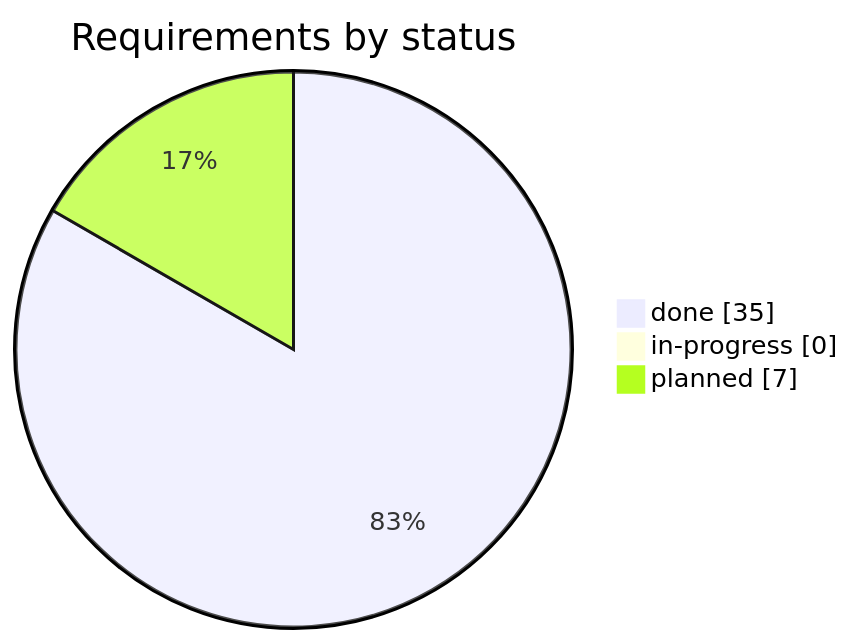
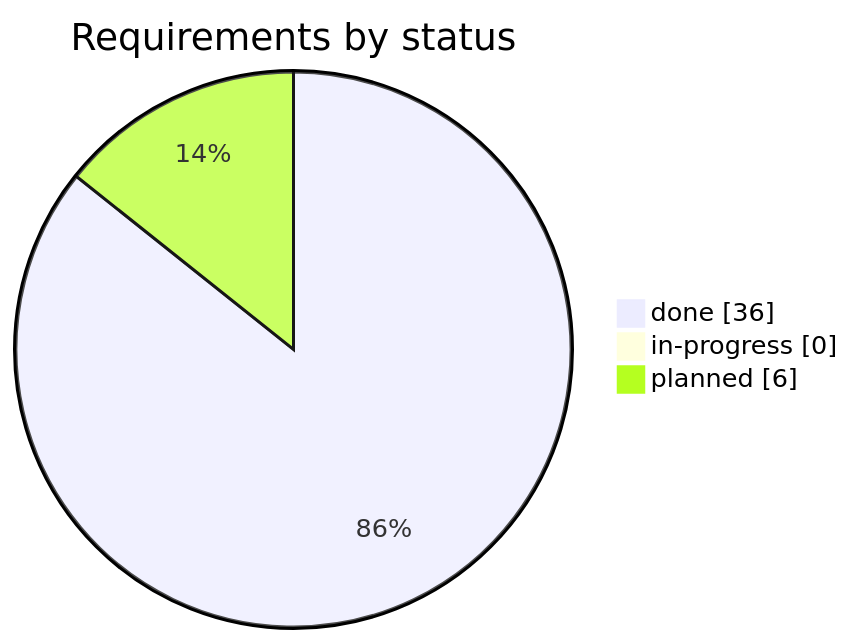
The first of 2 diagrams in docs/gap-list.md (rikire/Exchange-Student-Guide-Platform), drawn with Mermaid before and after one commit. The commit also changed other lines of this file and 6 other files, not shown here.

````diff
--- a/docs/gap-list.md
+++ b/docs/gap-list.md
@@ -13,6 +13,6 @@
 ```mermaid
 pie showData title Requirements by status
-    "done" : 35
+    "done" : 36
     "in-progress" : 0
-    "planned" : 7
+    "planned" : 6
 ```
````
